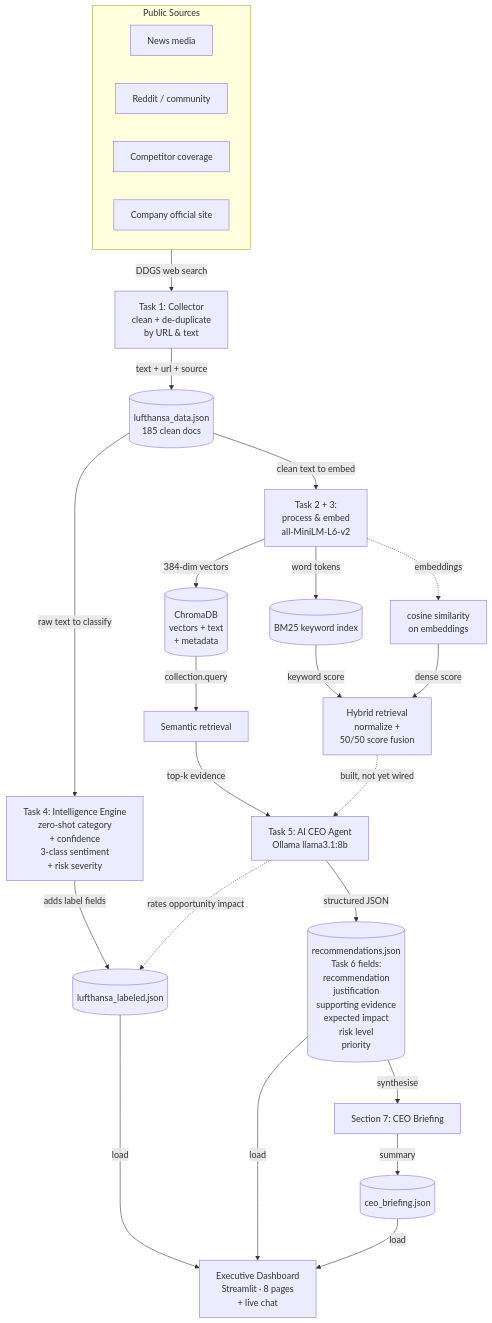
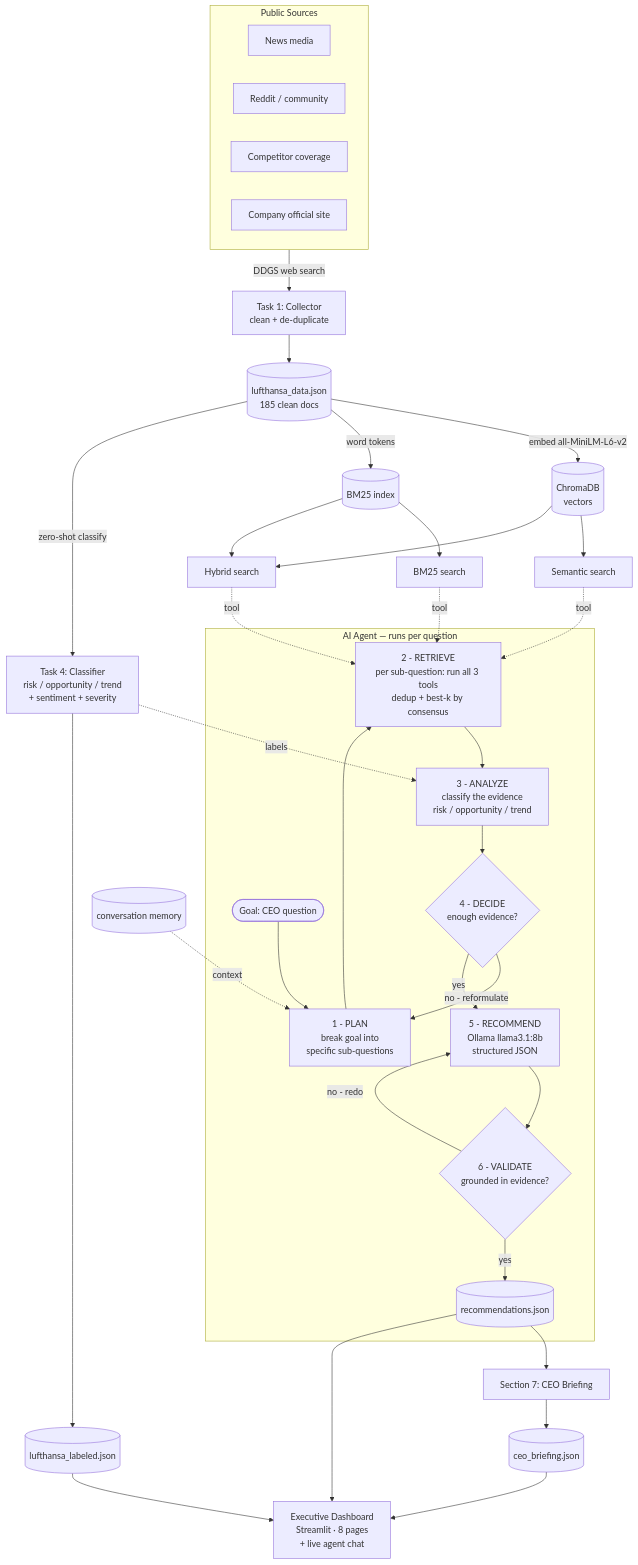
The first of 2 diagrams in NLP/NLP Exam/AI CEO Strategic Intelligence Agent/README.md (Nihalpujari/ML_Practice), drawn with Mermaid before and after one commit. The commit also changed other lines of this file and 8 other files, not shown here.

````diff
--- a/NLP/NLP Exam/AI CEO Strategic Intelligence Agent/README.md
+++ b/NLP/NLP Exam/AI CEO Strategic Intelligence Agent/README.md
@@ -84,35 +107,46 @@
 ```mermaid
 flowchart TD
     subgraph SOURCES[Public Sources]
         N[News media]
         R[Reddit / community]
         CMP[Competitor coverage]
         CO[Company official site]
     end
 
-    SOURCES -->|DDGS web search| COLLECT[Task 1: Collector<br/>clean + de-duplicate<br/>by URL & text]
-    COLLECT -->|text + url + source| JSON[(lufthansa_data.json<br/>185 clean docs)]
+    SOURCES -->|DDGS web search| COLLECT[Task 1: Collector<br/>clean + de-duplicate]
+    COLLECT --> JSON[(lufthansa_data.json<br/>185 clean docs)]
 
-    JSON -->|clean text to embed| PROC[Task 2 + 3:<br/>process & embed<br/>all-MiniLM-L6-v2]
-    PROC -->|384-dim vectors| CHROMA[(ChromaDB<br/>vectors + text<br/>+ metadata)]
-    PROC -->|word tokens| BM25[(BM25 keyword index)]
-    PROC -. embeddings .-> COS[cosine similarity<br/>on embeddings]
+    JSON -->|embed all-MiniLM-L6-v2| CHROMA[(ChromaDB<br/>vectors)]
+    JSON -->|word tokens| BM25IDX[(BM25 index)]
+    JSON -->|zero-shot classify| INTEL[Task 4: Classifier<br/>risk / opportunity / trend<br/>+ sentiment + severity]
+    INTEL --> LABELED[(lufthansa_labeled.json)]
 
-    JSON -->|raw text to classify| INTEL[Task 4: Intelligence Engine<br/>zero-shot category<br/>+ confidence<br/>3-class sentiment<br/>+ risk severity]
-    INTEL -->|adds label fields| LABELED[(lufthansa_labeled.json)]
-    AGENT -. rates opportunity impact .-> LABELED
+    CHROMA --> SEM[Semantic search]
+    BM25IDX --> BM[BM25 search]
+    CHROMA --> HYB[Hybrid search]
+    BM25IDX --> HYB
 
-    CHROMA -->|collection.query| SEM[Semantic retrieval]
-    BM25 -->|keyword score| HYB[Hybrid retrieval<br/>normalize +<br/>50/50 score fusion]
-    COS -->|dense score| HYB
+    subgraph AGENT[AI Agent — runs per question]
+        GOAL([Goal: CEO question]) --> PLAN[1 - PLAN<br/>break goal into<br/>specific sub-questions]
+        PLAN --> RETR[2 - RETRIEVE<br/>per sub-question: run all 3 tools<br/>dedup + best-k by consensus]
+        RETR --> ANALYZE[3 - ANALYZE<br/>classify the evidence<br/>risk / opportunity / trend]
+        ANALYZE --> DECIDE{4 - DECIDE<br/>enough evidence?}
+        DECIDE -->|no - reformulate| PLAN
+        DECIDE -->|yes| RECOMMEND[5 - RECOMMEND<br/>Ollama llama3.1:8b<br/>structured JSON]
+        RECOMMEND --> VALIDATE{6 - VALIDATE<br/>grounded in evidence?}
+        VALIDATE -->|no - redo| RECOMMEND
+        VALIDATE -->|yes| RECS[(recommendations.json)]
+    end
 
-    SEM -->|top-k evidence| AGENT[Task 5: AI CEO Agent<br/>Ollama llama3.1:8b]
-    HYB -. built, not yet wired .-> AGENT
-    AGENT -->|structured JSON| RECS[(recommendations.json<br/>Task 6 fields:<br/>recommendation<br/>justification<br/>supporting evidence<br/>expected impact<br/>risk level<br/>priority)]
-    RECS -->|synthesise| BRIEF[Section 7: CEO Briefing]
-    BRIEF -->|summary| CB[(ceo_briefing.json)]
+    SEM -. tool .-> RETR
+    BM  -. tool .-> RETR
+    HYB -. tool .-> RETR
+    INTEL -. labels .-> ANALYZE
+    MEM[(conversation memory)] -. context .-> PLAN
 
-    LABELED -->|load| DASH[Executive Dashboard<br/>Streamlit · 8 pages<br/>+ live chat]
-    RECS -->|load| DASH
-    CB -->|load| DASH
+    RECS --> BRIEF[Section 7: CEO Briefing]
+    BRIEF --> CB[(ceo_briefing.json)]
+    LABELED --> DASH[Executive Dashboard<br/>Streamlit · 8 pages<br/>+ live agent chat]
+    RECS --> DASH
+    CB --> DASH
 ```
````
